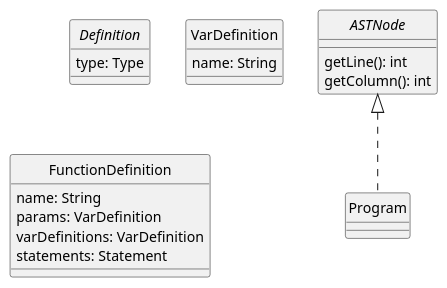
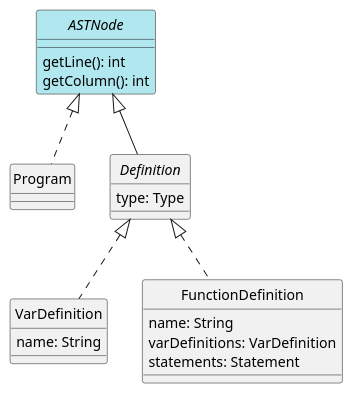
The diagram in docs/diagrams/program.plantuml (alvesit0/DLP-Compiler), drawn with PlantUML before and after one commit. The commit also changed 3 other files, not shown here.

Commit message:
Añadida primera versión del diagrama UML

```diff
--- a/docs/diagrams/program.plantuml
+++ b/docs/diagrams/program.plantuml
@@ -1,30 +1,33 @@
 @startuml Program
 skinparam style strictuml
-skinparam monochrome true
+skinparam monochrome false
 
 
-interface ASTNode {
+interface ASTNode #b1e8f0 {
     getLine(): int
     getColumn(): int
 }
 
 class Program
 
 ASTNode <|.. Program
 
 interface Definition {
     type: Type
 }
 
 class VarDefinition {
     name: String
 }
 
 class FunctionDefinition {
     name: String
-    params: VarDefinition
     varDefinitions: VarDefinition
     statements: Statement
 }
 
+ASTNode <|-- Definition
+Definition <|..VarDefinition
+Definition <|.. FunctionDefinition
+
 @enduml
```
